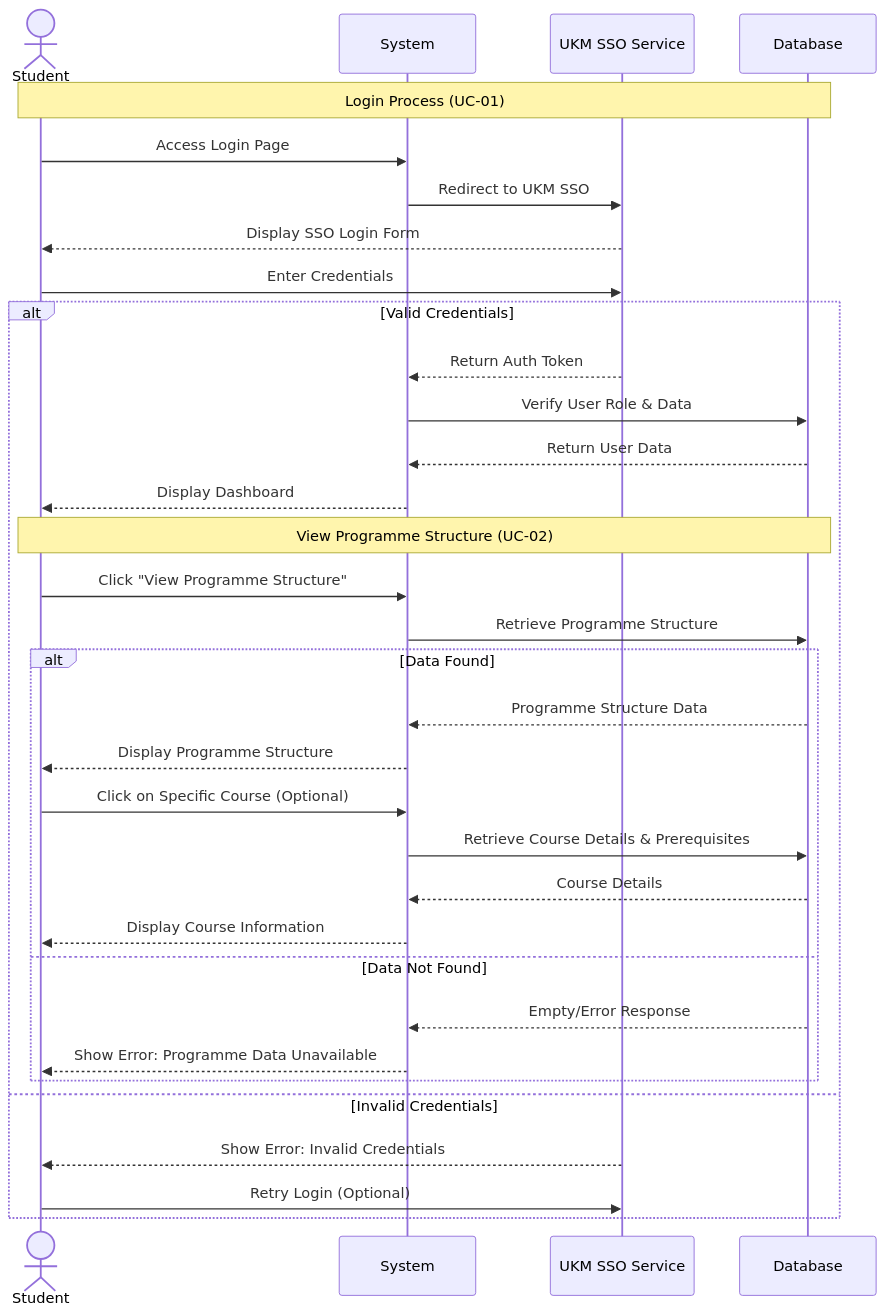
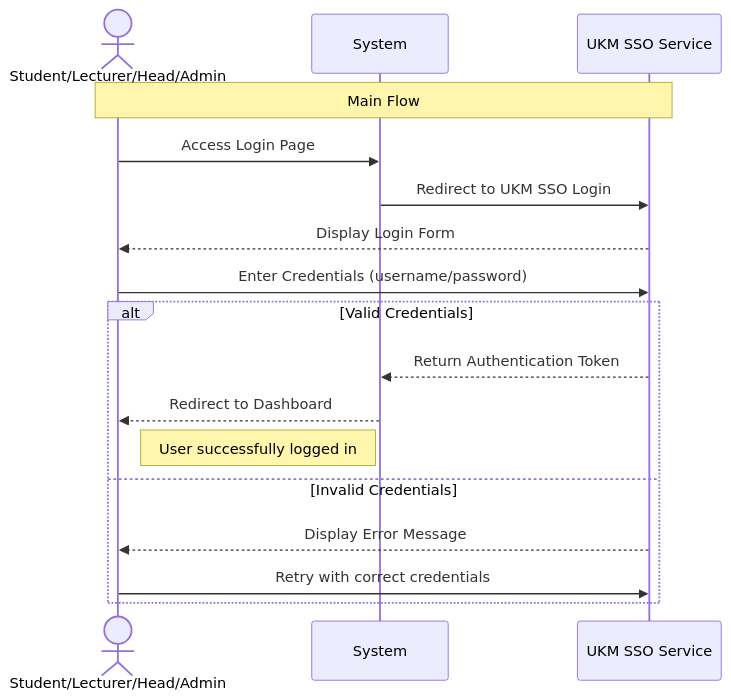
Before and after one commit to Lifantastic-O/iodraw-files: the diagram in all/未命名-1.md, drawn with Mermaid.

Commit message:
2025-12-18 17:00:00 update

````diff
--- a/all/未命名-1.md
+++ b/all/未命名-1.md
@@ -1,37 +1,20 @@
 ```mermaid
 sequenceDiagram
-    actor Student
+    actor User as Student/Lecturer/Head/Admin
     participant System
     participant SSO as UKM SSO Service
-    participant DB as Database
 
-    Note over Student,DB: Login Process (UC-01)
-    Student->>System: Access Login Page
-    System->>SSO: Redirect to UKM SSO
-    SSO-->>Student: Display SSO Login Form
-    Student->>SSO: Enter Credentials
-    
+    Note over User,SSO: Main Flow
+    User->>System: Access Login Page
+    System->>SSO: Redirect to UKM SSO Login
+    SSO-->>User: Display Login Form
+    User->>SSO: Enter Credentials (username/password)
     alt Valid Credentials
-        SSO-->>System: Return Auth Token
-        System->>DB: Verify User Role & Data
-        DB-->>System: Return User Data
-        System-->>Student: Display Dashboard
-        Note over Student,DB: View Programme Structure (UC-02)
-        Student->>System: Click "View Programme Structure"
-        System->>DB: Retrieve Programme Structure
-        alt Data Found
-            DB-->>System: Programme Structure Data
-            System-->>Student: Display Programme Structure
-            Student->>System: Click on Specific Course (Optional)
-            System->>DB: Retrieve Course Details & Prerequisites
-            DB-->>System: Course Details
-            System-->>Student: Display Course Information
-        else Data Not Found
-            DB-->>System: Empty/Error Response
-            System-->>Student: Show Error: Programme Data Unavailable
-        end
+        SSO-->>System: Return Authentication Token
+        System-->>User: Redirect to Dashboard
+        Note right of User: User successfully logged in
     else Invalid Credentials
-        SSO-->>Student: Show Error: Invalid Credentials
-        Student->>SSO: Retry Login (Optional)
+        SSO-->>User: Display Error Message
+        User->>SSO: Retry with correct credentials
     end
 ```
````
